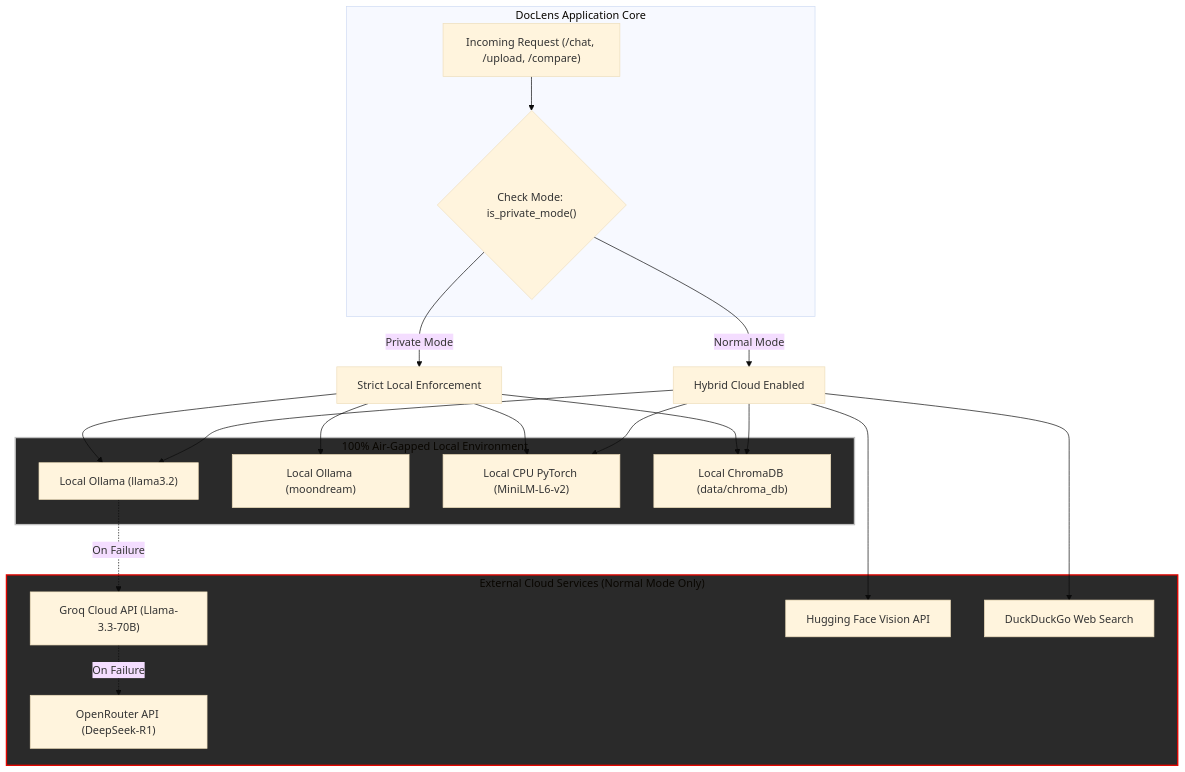
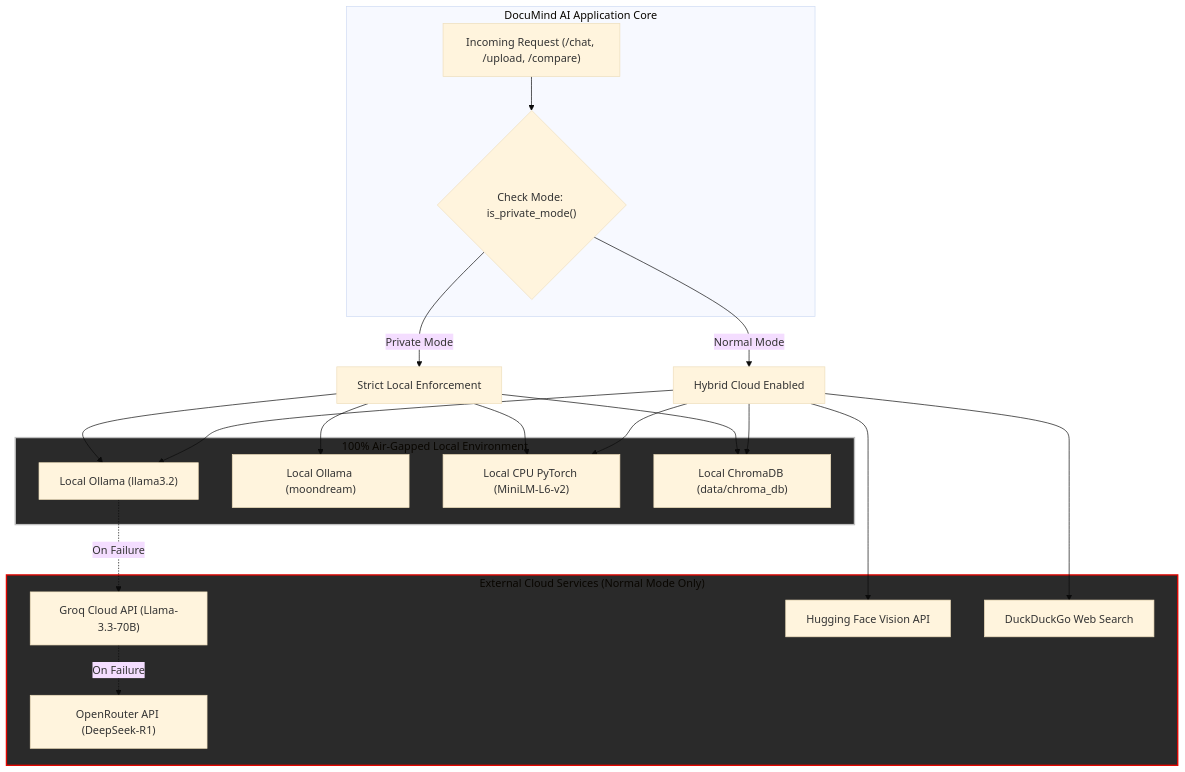
The fifth of 5 diagrams in README.md (Yash913212/DocuMind-AI), drawn with Mermaid (base theme) before and after one commit. The commit also changed other lines of this file, not shown here.

Commit message:
docs: comprehensive update for DocuMind AI with multi-session chat history, cross-session summarizer, and Apple design system

````diff
--- a/README.md
+++ b/README.md
@@ -482,41 +628,41 @@
 ```mermaid
 flowchart TB
-    subgraph APP["DocLens Application Core"]
+    subgraph APP["DocuMind AI Application Core"]
         Request["Incoming Request (/chat, /upload, /compare)"]
         ModeCheck{"Check Mode: is_private_mode()"}
     end
 
     subgraph LOCAL["100% Air-Gapped Local Environment"]
         LocalLLM["Local Ollama (llama3.2)"]
         LocalVision["Local Ollama (moondream)"]
         LocalEmbed["Local CPU PyTorch (MiniLM-L6-v2)"]
         LocalDB["Local ChromaDB (data/chroma_db)"]
     end
 
     subgraph CLOUD["External Cloud Services (Normal Mode Only)"]
         Groq["Groq Cloud API (Llama-3.3-70B)"]
         OpenRouter["OpenRouter API (DeepSeek-R1)"]
         HFAPI["Hugging Face Vision API"]
         DDGS["DuckDuckGo Web Search"]
     end
 
     Request --> ModeCheck
 
     ModeCheck -->|"Private Mode"| LocalOnly["Strict Local Enforcement"]
     LocalOnly --> LocalLLM
     LocalOnly --> LocalVision
     LocalOnly --> LocalEmbed
     LocalOnly --> LocalDB
 
     ModeCheck -->|"Normal Mode"| Hybrid["Hybrid Cloud Enabled"]
     Hybrid --> LocalLLM
     LocalLLM -.->|"On Failure"| Groq
     Groq -.->|"On Failure"| OpenRouter
     Hybrid --> HFAPI
     Hybrid --> DDGS
     Hybrid --> LocalEmbed
     Hybrid --> LocalDB
 
     style LOCAL fill:#2a2a2a,stroke:#c0c0c0,stroke-width:2px
     style CLOUD fill:#2a2a2a,stroke:#e10600,stroke-width:2px
 ```
````
